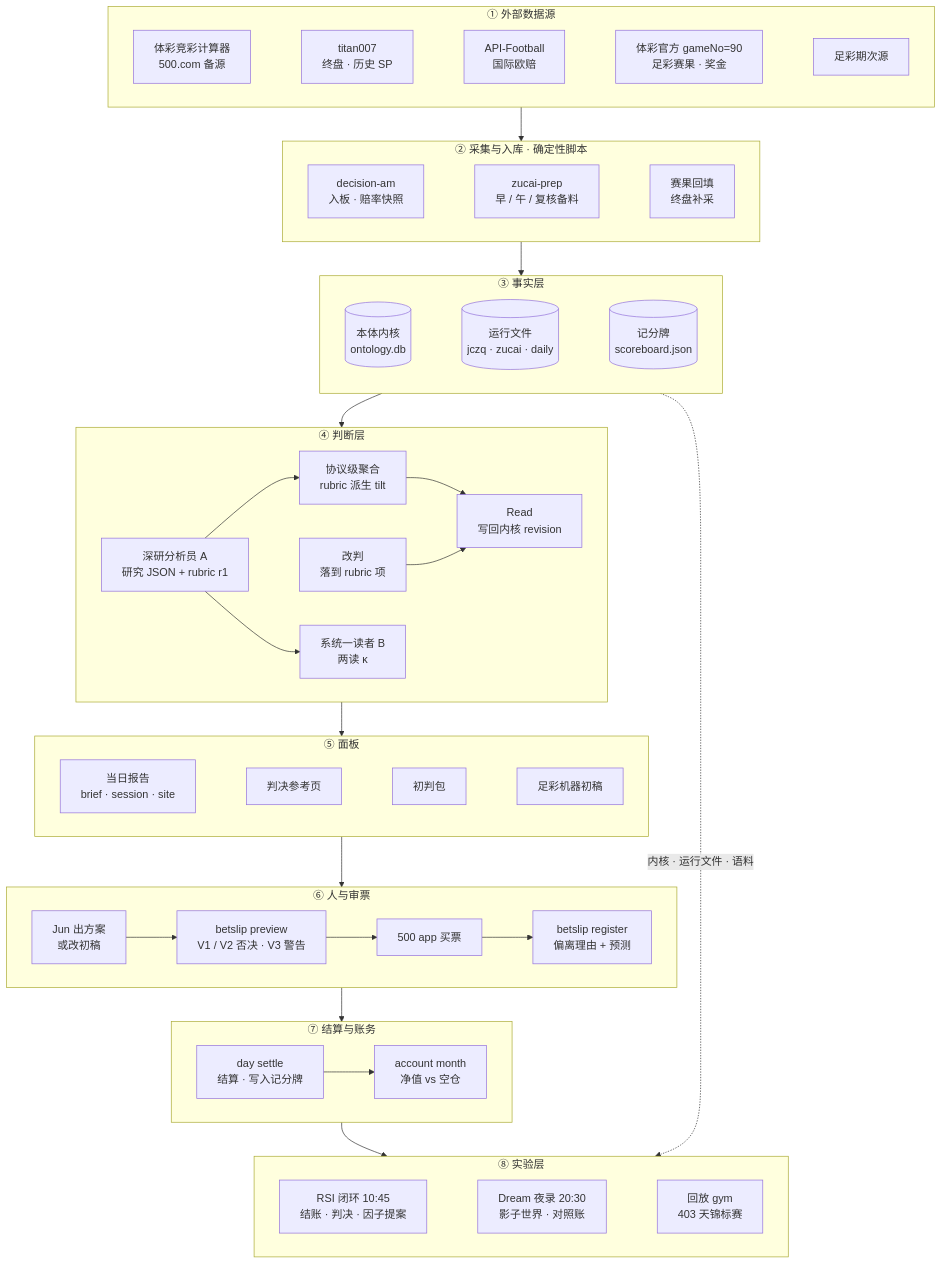
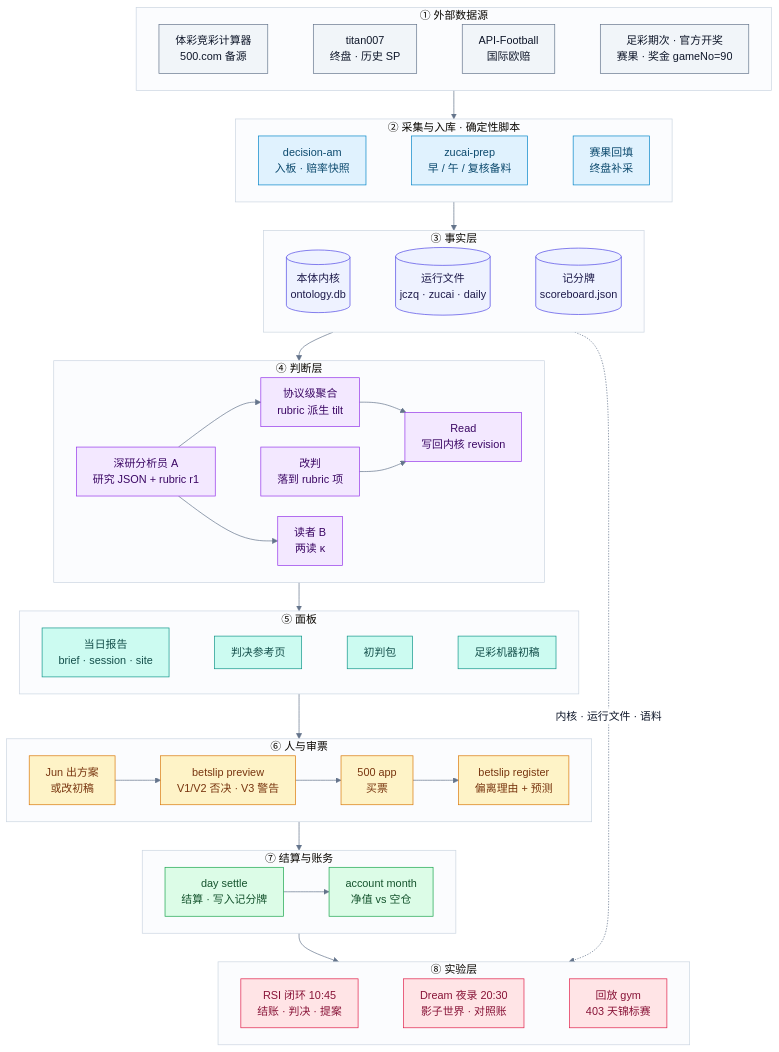
One commit to Jerenus/Nutmeg changed the first of 10 diagrams in docs/ARCHITECTURE.md. Above: the diagram before and after it, drawn with Mermaid. The commit also changed other lines of this file and 3 other files, not shown here.

````diff
--- a/docs/ARCHITECTURE.md
+++ b/docs/ARCHITECTURE.md
@@ -29,39 +69,57 @@
 ```mermaid
+%%{init: {"theme": "base", "themeVariables": {"fontSize": "16px", "lineColor": "#64748B", "clusterBkg": "#FBFCFE", "clusterBorder": "#CBD5E1", "edgeLabelBackground": "#FFFFFF", "primaryTextColor": "#0F172A"}, "flowchart": {"curve": "basis", "padding": 12, "nodeSpacing": 30, "rankSpacing": 42}}}%%
 flowchart TB
   subgraph SRC["① 外部数据源"]
     direction LR
-    S1["体彩竞彩计算器<br/>500.com 备源"] ~~~ S2["titan007<br/>终盘 · 历史 SP"] ~~~ S3["API-Football<br/>国际欧赔"] ~~~ S4["体彩官方 gameNo=90<br/>足彩赛果 · 奖金"] ~~~ S5["足彩期次源"]
+    S1["体彩竞彩计算器<br/>500.com 备源"] ~~~ S2["titan007<br/>终盘 · 历史 SP"] ~~~ S3["API-Football<br/>国际欧赔"] ~~~ S4["足彩期次 · 官方开奖<br/>赛果 · 奖金 gameNo=90"]
   end
   subgraph ING["② 采集与入库 · 确定性脚本"]
     direction LR
     I1["decision-am<br/>入板 · 赔率快照"] ~~~ I2["zucai-prep<br/>早 / 午 / 复核备料"] ~~~ I3["赛果回填<br/>终盘补采"]
   end
   subgraph CORE["③ 事实层"]
     direction LR
     K[("本体内核<br/>ontology.db")] ~~~ F[("运行文件<br/>jczq · zucai · daily")] ~~~ SB[("记分牌<br/>scoreboard.json")]
   end
   subgraph JUD["④ 判断层"]
     direction LR
     R1["深研分析员 A<br/>研究 JSON + rubric r1"] --> R2["协议级聚合<br/>rubric 派生 tilt"] --> R3["Read<br/>写回内核 revision"]
     OV["改判<br/>落到 rubric 项"] --> R3
-    R1 --> RB["系统一读者 B<br/>两读 κ"]
+    R1 --> RB["读者 B<br/>两读 κ"]
   end
   subgraph OUT["⑤ 面板"]
     direction LR
     P1["当日报告<br/>brief · session · site"] ~~~ P2["判决参考页"] ~~~ P3["初判包"] ~~~ P4["足彩机器初稿"]
   end
   subgraph HUM["⑥ 人与审票"]
     direction LR
-    H1["Jun 出方案<br/>或改初稿"] --> T1["betslip preview<br/>V1 / V2 否决 · V3 警告"] --> H2["500 app 买票"] --> T2["betslip register<br/>偏离理由 + 预测"]
+    H1["Jun 出方案<br/>或改初稿"] --> T1["betslip preview<br/>V1/V2 否决 · V3 警告"] --> H2["500 app<br/>买票"] --> T2["betslip register<br/>偏离理由 + 预测"]
   end
   subgraph ACC["⑦ 结算与账务"]
     direction LR
     T3["day settle<br/>结算 · 写入记分牌"] --> T4["account month<br/>净值 vs 空仓"]
   end
   subgraph EXP["⑧ 实验层"]
     direction LR
-    E1["RSI 闭环 10:45<br/>结账 · 判决 · 因子提案"] ~~~ E2["Dream 夜录 20:30<br/>影子世界 · 对照账"] ~~~ E3["回放 gym<br/>403 天锦标赛"]
+    E1["RSI 闭环 10:45<br/>结账 · 判决 · 提案"] ~~~ E2["Dream 夜录 20:30<br/>影子世界 · 对照账"] ~~~ E3["回放 gym<br/>403 天锦标赛"]
   end
   SRC --> ING --> CORE --> JUD --> OUT --> HUM --> ACC --> EXP
   CORE -.->|"内核 · 运行文件 · 语料"| EXP
+
+  classDef src fill:#F1F5F9,stroke:#64748B,color:#0F172A
+  classDef ing fill:#E0F2FE,stroke:#0284C7,color:#0C4A6E
+  classDef store fill:#EEF2FF,stroke:#4F46E5,color:#1E1B4B
+  classDef jud fill:#F3E8FF,stroke:#9333EA,color:#3B0764
+  classDef out fill:#CCFBF1,stroke:#0D9488,color:#134E4A
+  classDef hum fill:#FEF3C7,stroke:#D97706,color:#78350F
+  classDef acc fill:#DCFCE7,stroke:#16A34A,color:#14532D
+  classDef exp fill:#FFE4E6,stroke:#E11D48,color:#881337
+  class S1,S2,S3,S4 src
+  class I1,I2,I3 ing
+  class K,F,SB store
+  class R1,R2,R3,OV,RB jud
+  class P1,P2,P3,P4 out
+  class H1,T1,H2,T2 hum
+  class T3,T4 acc
+  class E1,E2,E3 exp
 ```
````
